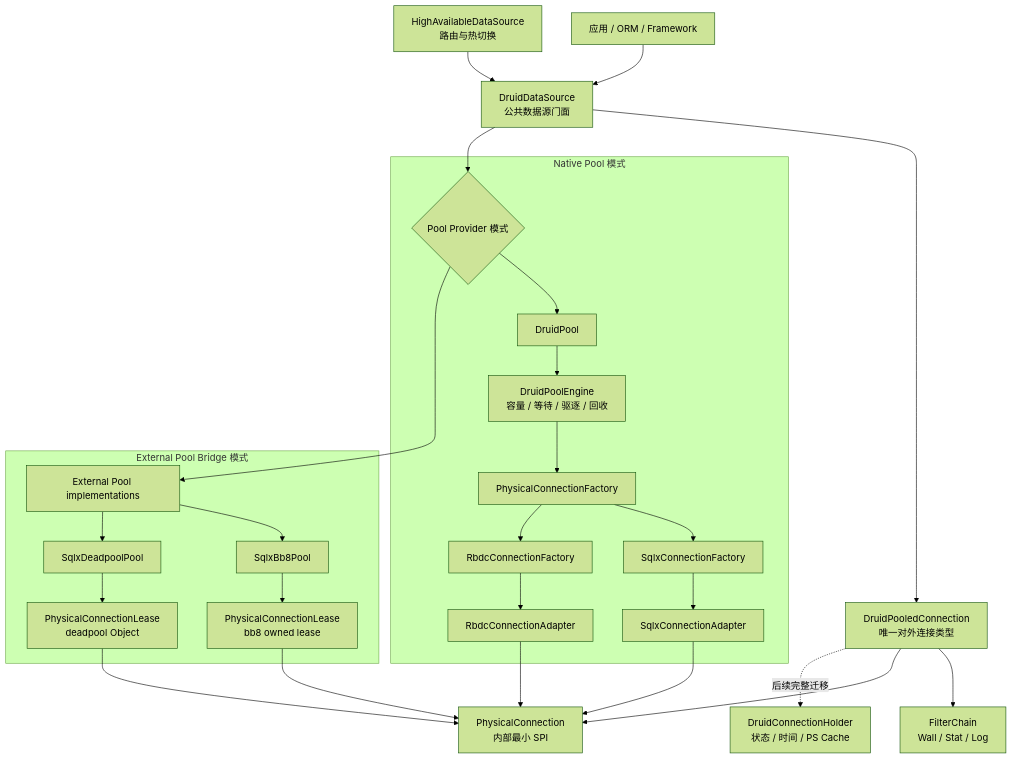
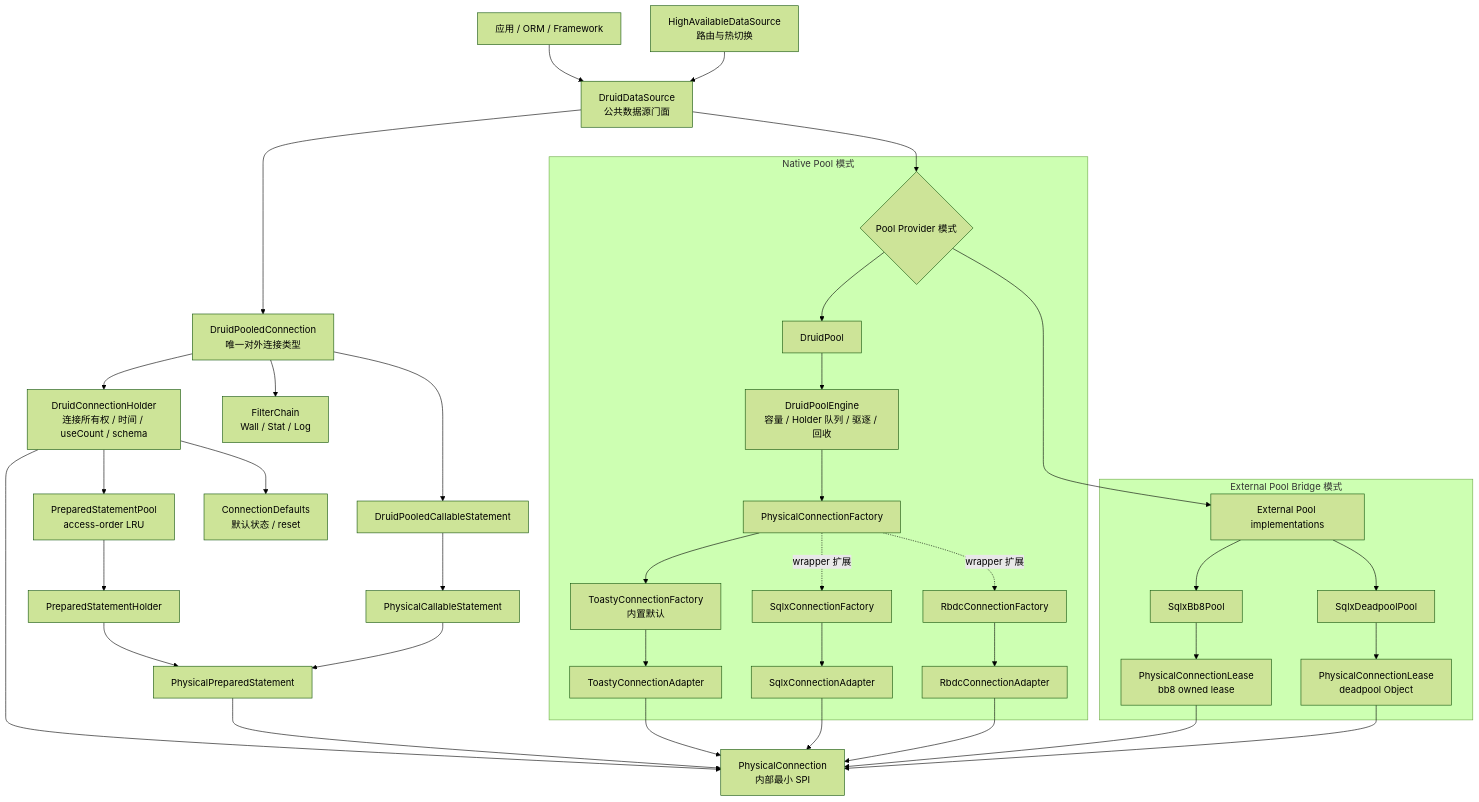
One commit to easy-4-rust/druid-rust changed the first of 8 diagrams in doc/migration/5、连接抽象与驱动适配架构.md. Above: the diagram before and after it, drawn with Mermaid (forest theme). The commit also changed other lines of this file and 90 other files, not shown here.

First line of the commit message:
docs(migration): 更新迁移路线图文档

````diff
--- a/doc/migration/5、连接抽象与驱动适配架构.md
+++ b/doc/migration/5、连接抽象与驱动适配架构.md
@@ -82,35 +100,46 @@
 ```mermaid
 flowchart TB
     App["应用 / ORM / Framework"] --> DataSource["DruidDataSource<br/>公共数据源门面"]
     Dynamic["HighAvailableDataSource<br/>路由与热切换"] --> DataSource
     DataSource --> Pooled["DruidPooledConnection<br/>唯一对外连接类型"]
 
     Pooled --> Filter["FilterChain<br/>Wall / Stat / Log"]
-    Pooled --> Physical["PhysicalConnection<br/>内部最小 SPI"]
-    Pooled -.后续完整迁移.-> Holder["DruidConnectionHolder<br/>状态 / 时间 / PS Cache"]
+    Pooled --> Holder["DruidConnectionHolder<br/>连接所有权 / 时间 / useCount / schema"]
+    Holder --> Physical["PhysicalConnection<br/>内部最小 SPI"]
+    Holder --> Defaults["ConnectionDefaults<br/>默认状态 / reset"]
+    Holder --> PsCache["PreparedStatementPool<br/>access-order LRU"]
+    PsCache --> PsHolder["PreparedStatementHolder"]
+    PsHolder --> PhysicalPrepared["PhysicalPreparedStatement"]
+    PhysicalPrepared --> Physical
+    Pooled --> Callable["DruidPooledCallableStatement"]
+    Callable --> PhysicalCallable["PhysicalCallableStatement"]
+    PhysicalCallable --> PhysicalPrepared
 
     DataSource --> Provider{"Pool Provider 模式"}
 
     subgraph native ["Native Pool 模式"]
         Provider --> NativeProvider["DruidPool"]
-        NativeProvider --> PoolEngine["DruidPoolEngine<br/>容量 / 等待 / 驱逐 / 回收"]
+        NativeProvider --> PoolEngine["DruidPoolEngine<br/>容量 / Holder 队列 / 驱逐 / 回收"]
         PoolEngine --> Factory["PhysicalConnectionFactory"]
-        Factory --> SqlxDirect["SqlxConnectionFactory"]
-        Factory --> RbdcDirect["RbdcConnectionFactory"]
+        Factory --> ToastyDirect["ToastyConnectionFactory<br/>内置默认"]
+        Factory -. "wrapper 扩展" .-> SqlxDirect["SqlxConnectionFactory"]
+        Factory -. "wrapper 扩展" .-> RbdcDirect["RbdcConnectionFactory"]
+        ToastyDirect --> ToastyAdapter["ToastyConnectionAdapter"]
         SqlxDirect --> SqlxAdapter["SqlxConnectionAdapter"]
         RbdcDirect --> RbdcAdapter["RbdcConnectionAdapter"]
     end
 
     subgraph bridge ["External Pool Bridge 模式"]
         Provider --> ExternalProvider["External Pool implementations"]
         ExternalProvider --> Bb8["SqlxBb8Pool"]
         ExternalProvider --> Deadpool["SqlxDeadpoolPool"]
         Bb8 --> Bb8Lease["PhysicalConnectionLease<br/>bb8 owned lease"]
         Deadpool --> DeadpoolLease["PhysicalConnectionLease<br/>deadpool Object"]
     end
 
+    ToastyAdapter --> Physical
     SqlxAdapter --> Physical
     RbdcAdapter --> Physical
     Bb8Lease --> Physical
     DeadpoolLease --> Physical
 ```
````
